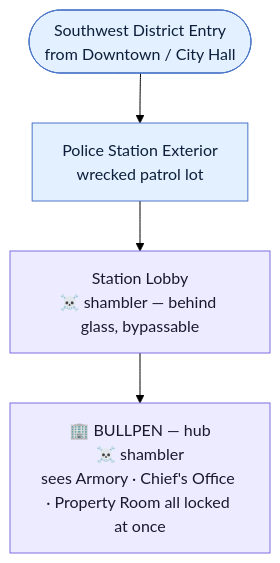
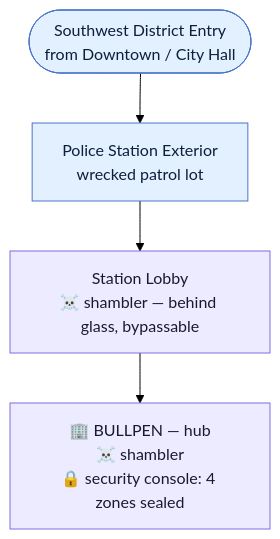
Before and after one commit to GIToez/Deadlock-Design: the first of 6 diagrams in DESIGN/Locations/Police_Station.md, drawn with Mermaid (forest theme). The commit also changed other lines of this file and 6 other files, not shown here.

````diff
--- a/DESIGN/Locations/Police_Station.md
+++ b/DESIGN/Locations/Police_Station.md
@@ -524,15 +354,14 @@
 ```mermaid
 flowchart TD
     ENTRY(["Southwest District Entry<br/>from Downtown / City Hall"])
     EXT["Police Station Exterior<br/>wrecked patrol lot"]
     LOBBY["Station Lobby<br/>☠️ shambler — behind glass, bypassable"]
-    BULLPEN["🏢 BULLPEN — hub<br/>☠️ shambler<br/>sees Armory · Chief's Office · Property Room all locked at once"]
+    BULLPEN["🏢 BULLPEN — hub<br/>☠️ shambler<br/>🔒 security console: 4 zones sealed"]
 
     ENTRY --> EXT --> LOBBY --> BULLPEN
 
     classDef room fill:#EDEBFF,stroke:#7C6EE0,color:#1a1a2e
-    classDef hallway fill:#FFF3D6,stroke:#D9A404,color:#3a2e00
     classDef exterior fill:#E3F0FF,stroke:#4A76C9,color:#0d1f3a
     class ENTRY,EXT exterior
     class LOBBY,BULLPEN room
 ```
````
